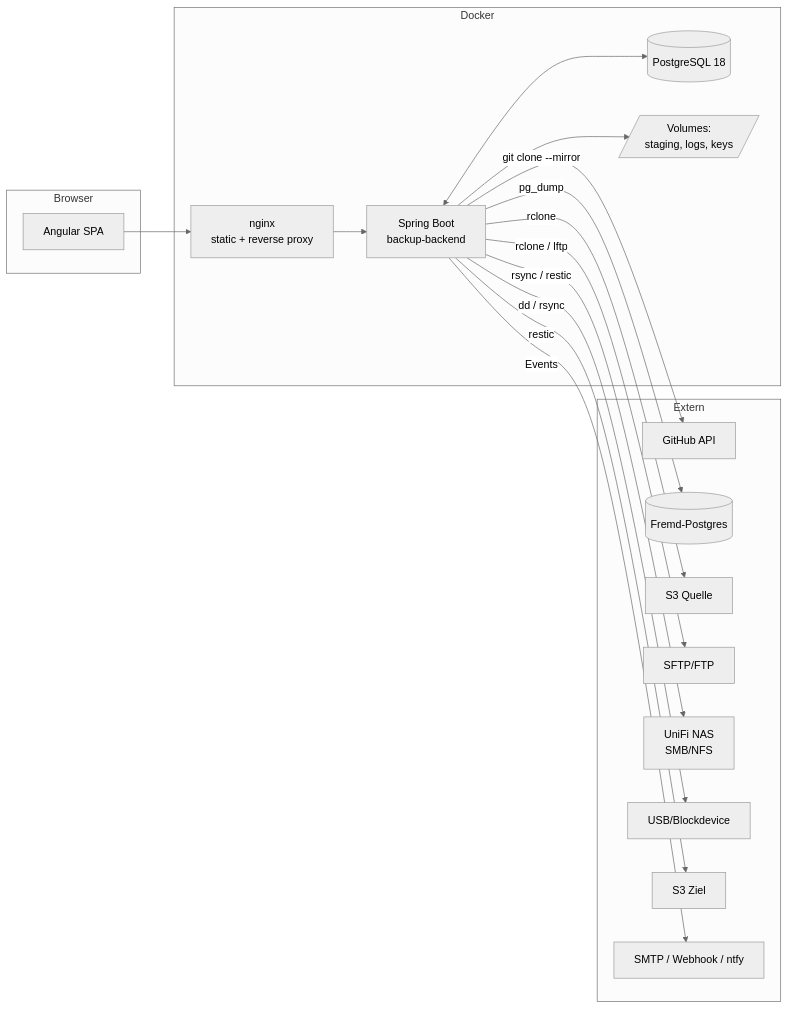
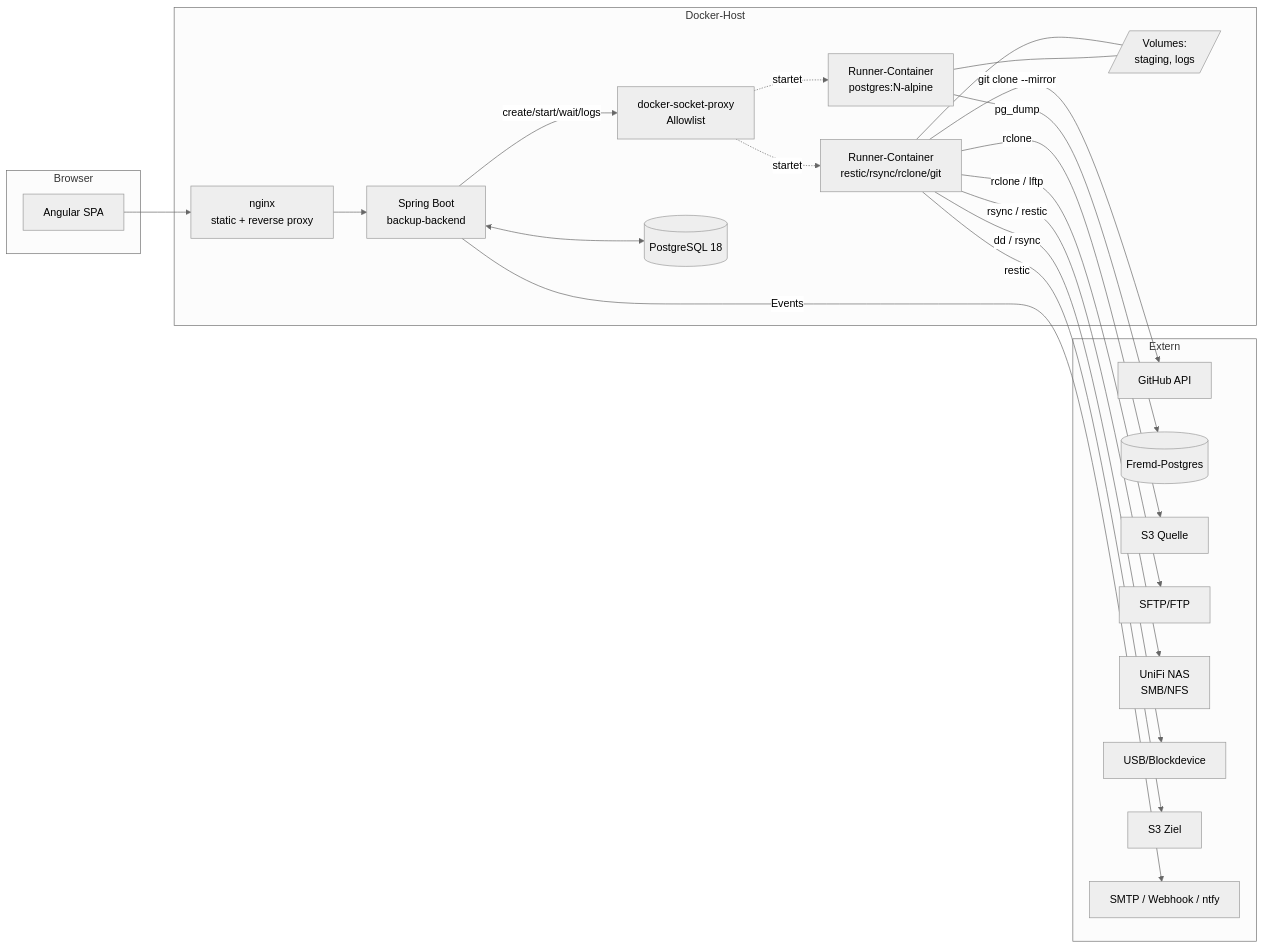
The first of 3 diagrams in docs/konzept.md (remoraschle/simple-backup), drawn with Mermaid (neutral theme) before and after one commit. The commit also changed other lines of this file and 5 other files, not shown here.

````diff
--- a/docs/konzept.md
+++ b/docs/konzept.md
@@ -94,34 +94,41 @@
 ```mermaid
 flowchart LR
     subgraph Browser
         UI[Angular SPA]
     end
-    subgraph Docker
+    subgraph Docker-Host
         NG[nginx<br/>static + reverse proxy]
         BE[Spring Boot<br/>backup-backend]
+        PX[docker-socket-proxy<br/>Allowlist]
         DB[(PostgreSQL 18)]
-        VOL[/Volumes:<br/>staging, logs, keys/]
+        R1[Runner-Container<br/>restic/rsync/rclone/git]
+        R2[Runner-Container<br/>postgres:N-alpine]
+        VOL[/Volumes:<br/>staging, logs/]
     end
     subgraph Extern
         GH[GitHub API]
         PG[(Fremd-Postgres)]
         S3S[S3 Quelle]
         SFTP[SFTP/FTP]
         NAS[UniFi NAS<br/>SMB/NFS]
         DISK[USB/Blockdevice]
         S3T[S3 Ziel]
         SMTP[SMTP / Webhook / ntfy]
     end
 
     UI --> NG --> BE
     BE <--> DB
-    BE --> VOL
-    BE -- "git clone --mirror" --> GH
-    BE -- "pg_dump" --> PG
-    BE -- "rclone" --> S3S
-    BE -- "rclone / lftp" --> SFTP
-    BE -- "rsync / restic" --> NAS
-    BE -- "dd / rsync" --> DISK
-    BE -- "restic" --> S3T
+    BE -- "create/start/wait/logs" --> PX
+    PX -.startet.-> R1
+    PX -.startet.-> R2
+    R1 --- VOL
+    R2 --- VOL
+    R1 -- "git clone --mirror" --> GH
+    R1 -- "rclone" --> S3S
+    R1 -- "rclone / lftp" --> SFTP
+    R1 -- "rsync / restic" --> NAS
+    R1 -- "dd / rsync" --> DISK
+    R1 -- "restic" --> S3T
+    R2 -- "pg_dump" --> PG
     BE -- Events --> SMTP
 ```
````
